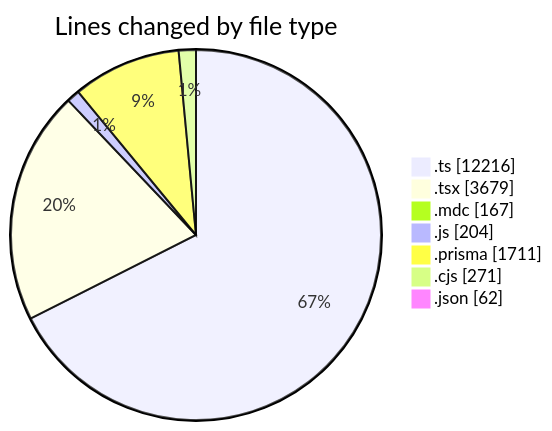
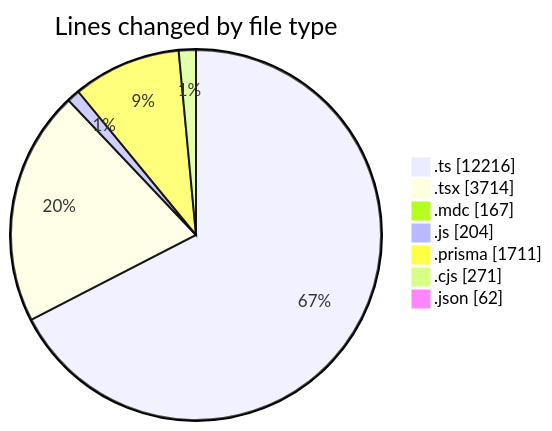
One commit to CELIANVF/code-tracking changed the first of 2 diagrams in 2025-06-06/ecodeli-1/README.md. Above: the diagram before and after it, drawn with Mermaid. The commit also changed other lines of this file and 1 other file, not shown here.

````diff
--- a/2025-06-06/ecodeli-1/README.md
+++ b/2025-06-06/ecodeli-1/README.md
@@ -70,11 +70,11 @@
 ```mermaid
 pie showData
 title Lines changed by file type
 ".ts" : 12216
-".tsx" : 3679
+".tsx" : 3714
 ".mdc" : 167
 ".js" : 204
 ".prisma" : 1711
 ".cjs" : 271
 ".json" : 62
 ```
````
